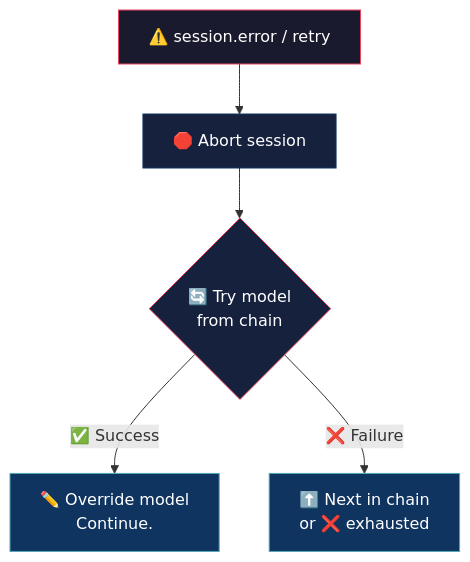
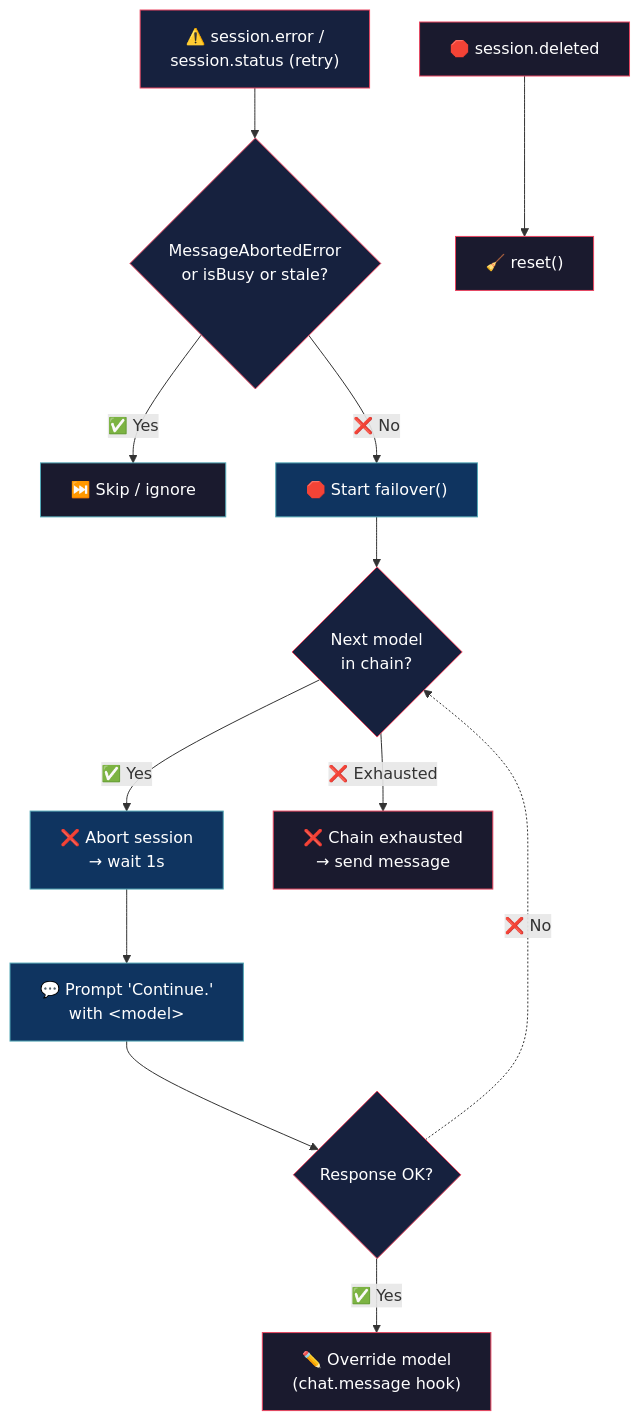
One commit to alejo54dev/opencode-model-failover changed the diagram in README.md. Above: the diagram before and after it, drawn with Mermaid.

Commit message:
README: fix flowchart to match source (retry trigger, guards, chain loop, reset)

````diff
--- a/README.md
+++ b/README.md
@@ -13,13 +13,31 @@
 ```mermaid
 flowchart TD
-    A["⚠️ session.error / retry"] --> B["🛑 Abort session"]
-    B --> C{"🔄 Try model<br/>from chain"}
-    C -->|✅ Success| D["✏️ Override model<br/>Continue."]
-    C -->|❌ Failure| E["⬆️ Next in chain<br/>or ❌ exhausted"]
+    A["⚠️ session.error /<br/>session.status (retry)"]
+    A --> B{"MessageAbortedError<br/>or isBusy or stale?"}
+    B -->|"✅ Yes"| C["⏭️ Skip / ignore"]
+    B -->|"❌ No"| D["🛑 Start failover()"]
 
-    style A fill:#1a1a2e,stroke:#e94560,color:#fff
-    style B fill:#16213e,stroke:#0f3460,color:#fff
-    style C fill:#16213e,stroke:#e94560,color:#fff
+    D --> E{"Next model<br/>in chain?"}
+    E -->|"✅ Yes"| F["❌ Abort session<br/>→ wait 1s"]
+    F --> G["💬 Prompt 'Continue.'<br/>with &lt;model&gt;"]
+    G --> H{"Response OK?"}
+    H -->|"✅ Yes"| I["✏️ Override model<br/>(chat.message hook)"]
+    H -.->|"❌ No"| E
+    E -->|"❌ Exhausted"| J["❌ Chain exhausted<br/>→ send message"]
+
+    K["🛑 session.deleted"]
+    K --> L["🧹 reset()"]
+
+    style A fill:#16213e,stroke:#e94560,color:#fff
+    style B fill:#16213e,stroke:#e94560,color:#fff
+    style C fill:#1a1a2e,stroke:#53a8b6,color:#fff
     style D fill:#0f3460,stroke:#53a8b6,color:#fff
-    style E fill:#0f3460,stroke:#53a8b6,color:#fff
+    style E fill:#16213e,stroke:#e94560,color:#fff
+    style F fill:#0f3460,stroke:#53a8b6,color:#fff
+    style G fill:#0f3460,stroke:#53a8b6,color:#fff
+    style H fill:#16213e,stroke:#e94560,color:#fff
+    style I fill:#1a1a2e,stroke:#e94560,color:#fff
+    style J fill:#1a1a2e,stroke:#e94560,color:#fff
+    style K fill:#1a1a2e,stroke:#e94560,color:#fff
+    style L fill:#1a1a2e,stroke:#e94560,color:#fff
 ```
````
